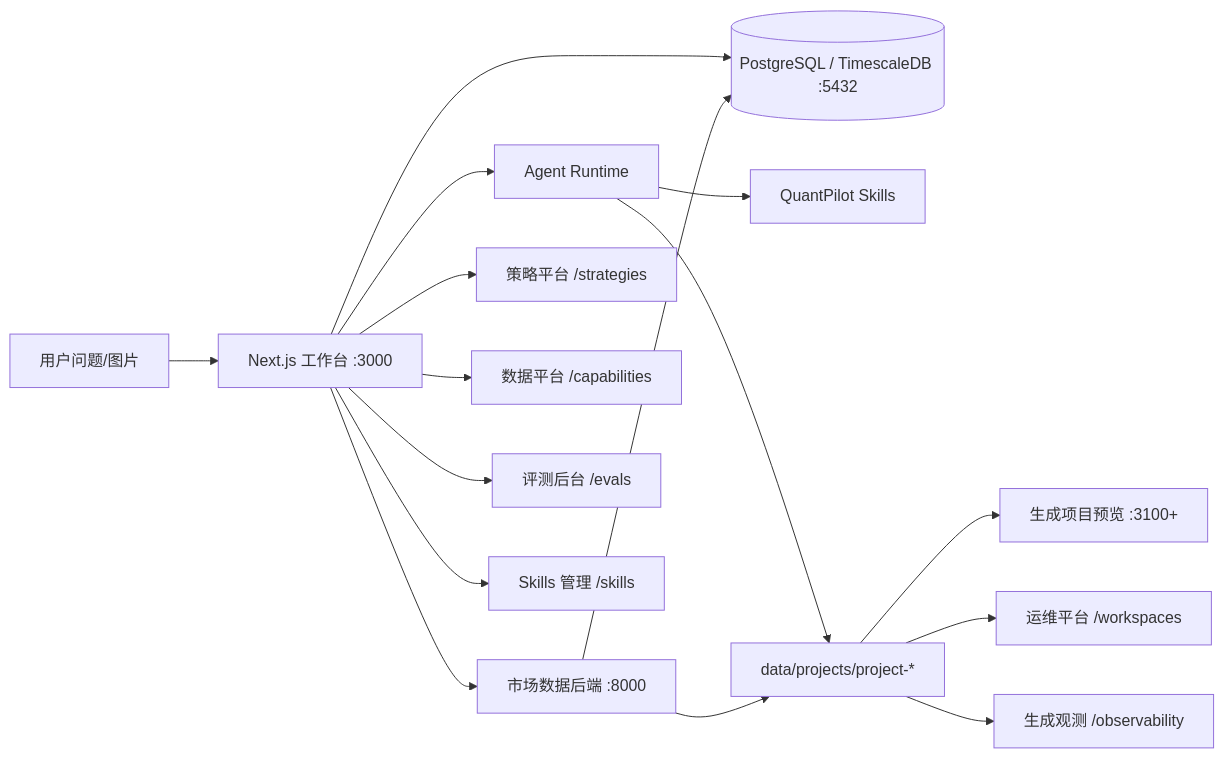
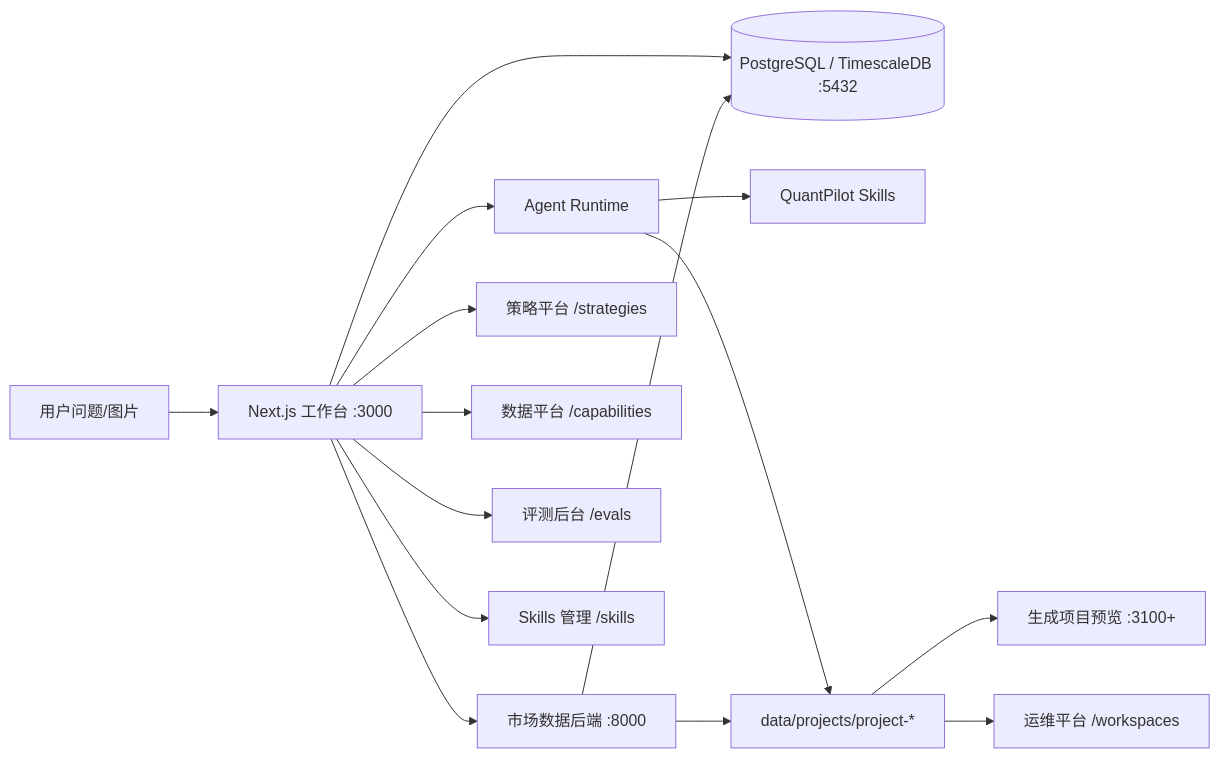
The diagram in docs/architecture.md (xbzz1018/SignalForge), drawn with Mermaid before and after one commit. The commit also changed other lines of this file and 8 other files, not shown here.

````diff
--- a/docs/architecture.md
+++ b/docs/architecture.md
@@ -5,18 +5,17 @@
 ```mermaid
 flowchart LR
   U[用户问题/图片] --> W[Next.js 工作台 :3000]
   W --> DB[(PostgreSQL / TimescaleDB :5432)]
   W --> R[Agent Runtime]
   R --> S[QuantPilot Skills]
   W --> M[市场数据后端 :8000]
   M --> DB
   R --> P[data/projects/project-*]
   M --> P
   P --> V[生成项目预览 :3100+]
   P --> H[运维平台 /workspaces]
-  P --> O[生成观测 /observability]
   W --> T[策略平台 /strategies]
   W --> C[数据平台 /capabilities]
   W --> E[评测后台 /evals]
   W --> A[Skills 管理 /skills]
 ```
````
